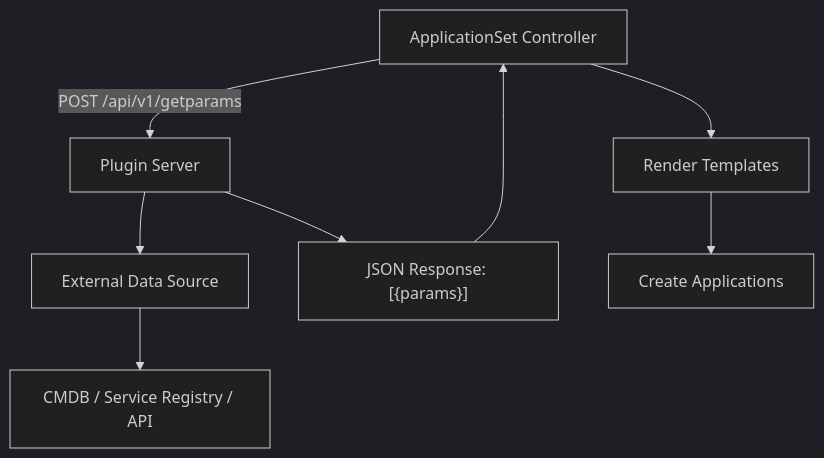
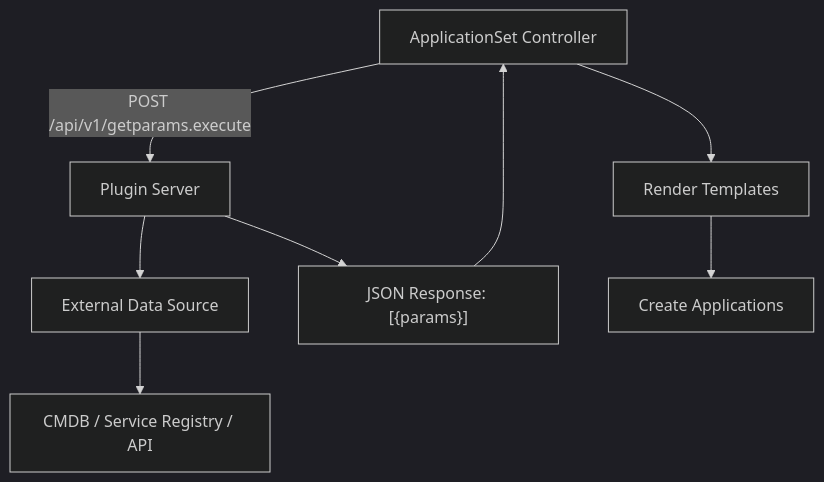
The diagram in posts/2026-02-26-argocd-applicationset-plugin-generator/README.md (OneUptime/blog), drawn with Mermaid (dark theme) before and after one commit. The commit also changed other lines of this file and 2 other files, not shown here.

Commit message:
validate: 2026-02-26-argocd-applicationset-plugin-generator

````diff
--- a/posts/2026-02-26-argocd-applicationset-plugin-generator/README.md
+++ b/posts/2026-02-26-argocd-applicationset-plugin-generator/README.md
@@ -19,10 +19,10 @@
 ```mermaid
 graph TD
-    A[ApplicationSet Controller] -->|POST /api/v1/getparams| B[Plugin Server]
+    A[ApplicationSet Controller] -->|POST /api/v1/getparams.execute| B[Plugin Server]
     B --> C[External Data Source]
     C --> D[CMDB / Service Registry / API]
     B --> E["JSON Response: [{params}]"]
     E --> A
     A --> F[Render Templates]
     F --> G[Create Applications]
 ```
````
